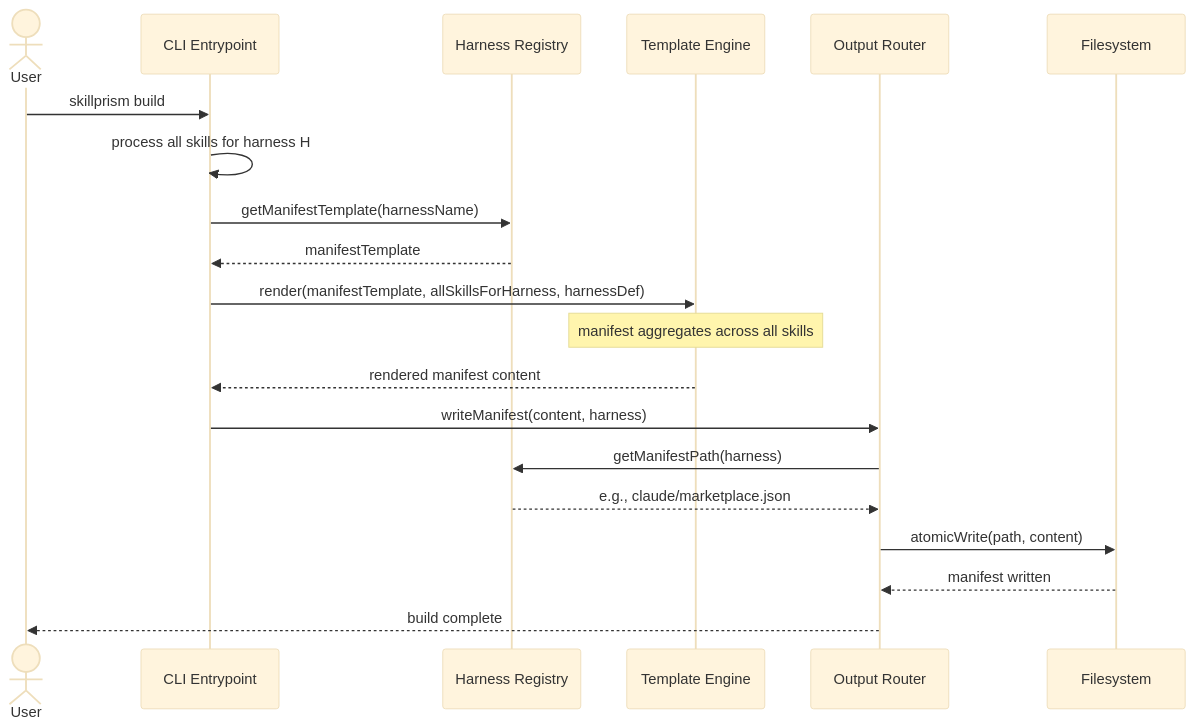
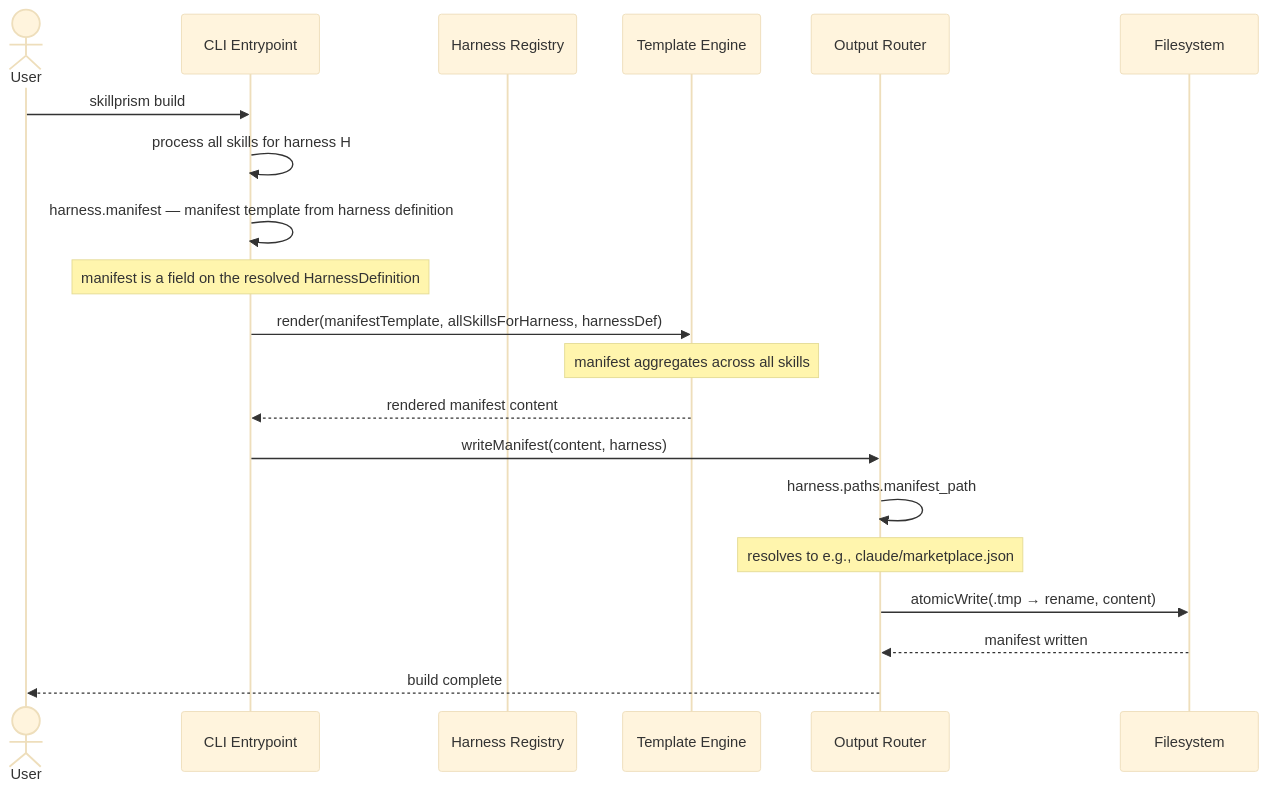
Before and after one commit to Tuvren/skillprism: the diagram in .constitution/architecture/flows/flow-generate-manifest.md, drawn with Mermaid (base theme). The commit also changed other lines of this file and 40 other files, not shown here.

First line of the commit message:
Epic B: Pipeline — Resolver, Validator, Template Engine, Output Router (#2)

````diff
--- a/.constitution/architecture/flows/flow-generate-manifest.md
+++ b/.constitution/architecture/flows/flow-generate-manifest.md
@@ -9,27 +9,27 @@
 ```mermaid
 sequenceDiagram
   actor User
   participant CLI as CLI Entrypoint
   participant Registry as Harness Registry
   participant Engine as Template Engine
   participant Router as Output Router
   participant FS as Filesystem
 
   User->>CLI: skillprism build
   CLI->>CLI: process all skills for harness H
 
-  CLI->>Registry: getManifestTemplate(harnessName)
-  Registry-->>CLI: manifestTemplate
+  CLI->>CLI: harness.manifest — manifest template from harness definition
+  Note over CLI: manifest is a field on the resolved HarnessDefinition
 
   CLI->>Engine: render(manifestTemplate, allSkillsForHarness, harnessDef)
   Note over Engine: manifest aggregates across all skills
   Engine-->>CLI: rendered manifest content
 
   CLI->>Router: writeManifest(content, harness)
-  Router->>Registry: getManifestPath(harness)
-  Registry-->>Router: e.g., claude/marketplace.json
-  Router->>FS: atomicWrite(path, content)
+  Router->>Router: harness.paths.manifest_path
+  Note over Router: resolves to e.g., claude/marketplace.json
+  Router->>FS: atomicWrite(.tmp → rename, content)
   FS-->>Router: manifest written
 
   Router-->>User: build complete
 ```
````
